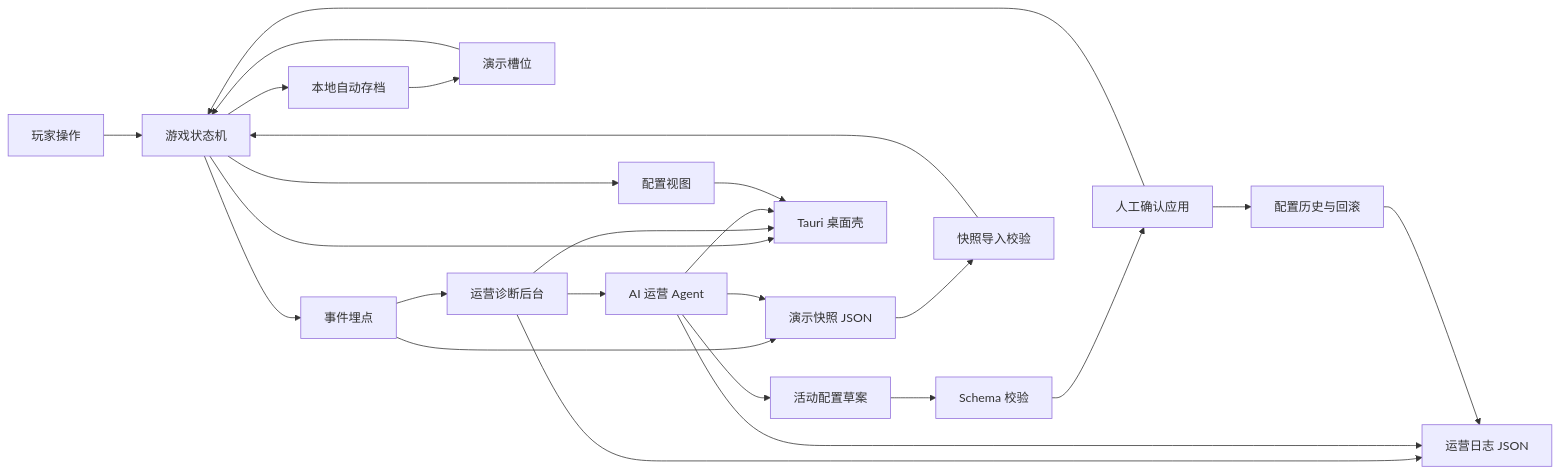
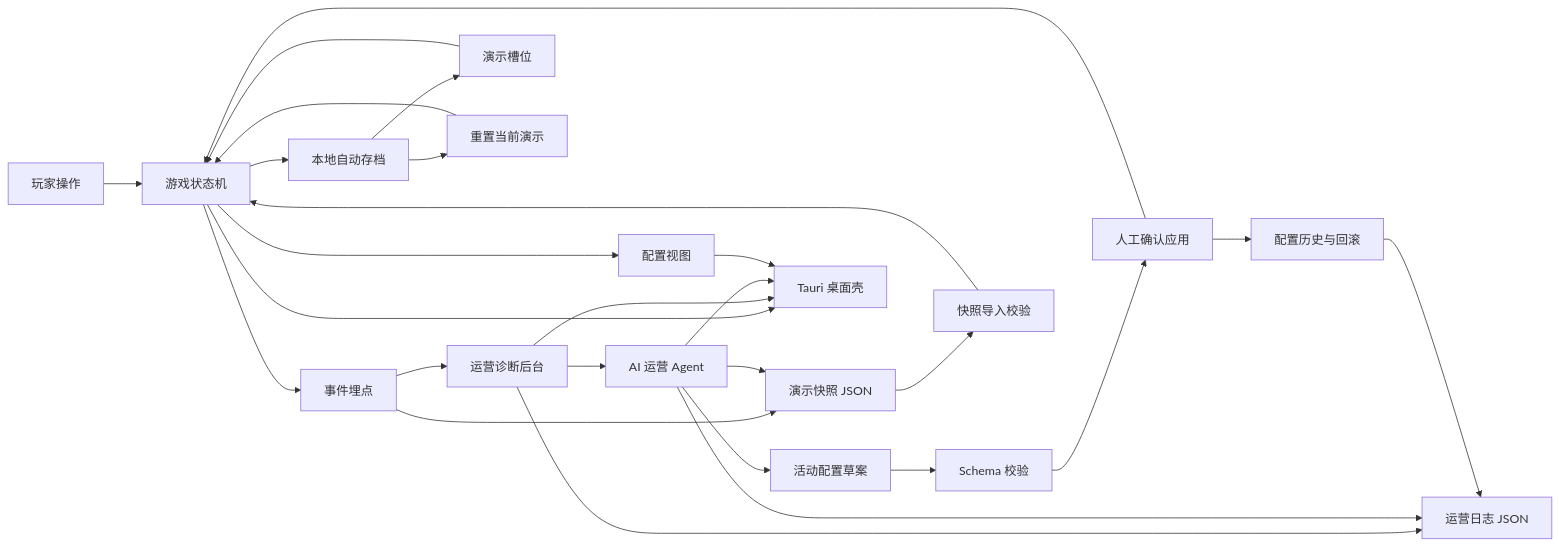
The diagram in docs/Architecture.md (Ey1afjalla/second-game), drawn with Mermaid before and after one commit. The commit also changed other lines of this file and 8 other files, not shown here.

Commit message:
feat: add local demo reset

````diff
--- a/docs/Architecture.md
+++ b/docs/Architecture.md
@@ -7,27 +7,29 @@
 ```mermaid
 flowchart LR
   Player["玩家操作"] --> Game["游戏状态机"]
   Game --> Events["事件埋点"]
   Events --> Ops["运营诊断后台"]
   Ops --> Agent["AI 运营 Agent"]
   Game --> Config["配置视图"]
   Agent --> Draft["活动配置草案"]
   Draft --> Validate["Schema 校验"]
   Validate --> Apply["人工确认应用"]
   Apply --> Game
   Apply --> History["配置历史与回滚"]
   Game --> LocalSave["本地自动存档"]
   LocalSave --> Slots["演示槽位"]
   Slots --> Game
+  LocalSave --> Reset["重置当前演示"]
+  Reset --> Game
   Events --> Snapshot["演示快照 JSON"]
   Agent --> Snapshot
   Ops --> OpsLog["运营日志 JSON"]
   Agent --> OpsLog
   History --> OpsLog
   Snapshot --> Import["快照导入校验"]
   Import --> Game
   Game --> Tauri["Tauri 桌面壳"]
   Ops --> Tauri
   Agent --> Tauri
   Config --> Tauri
 ```
````
